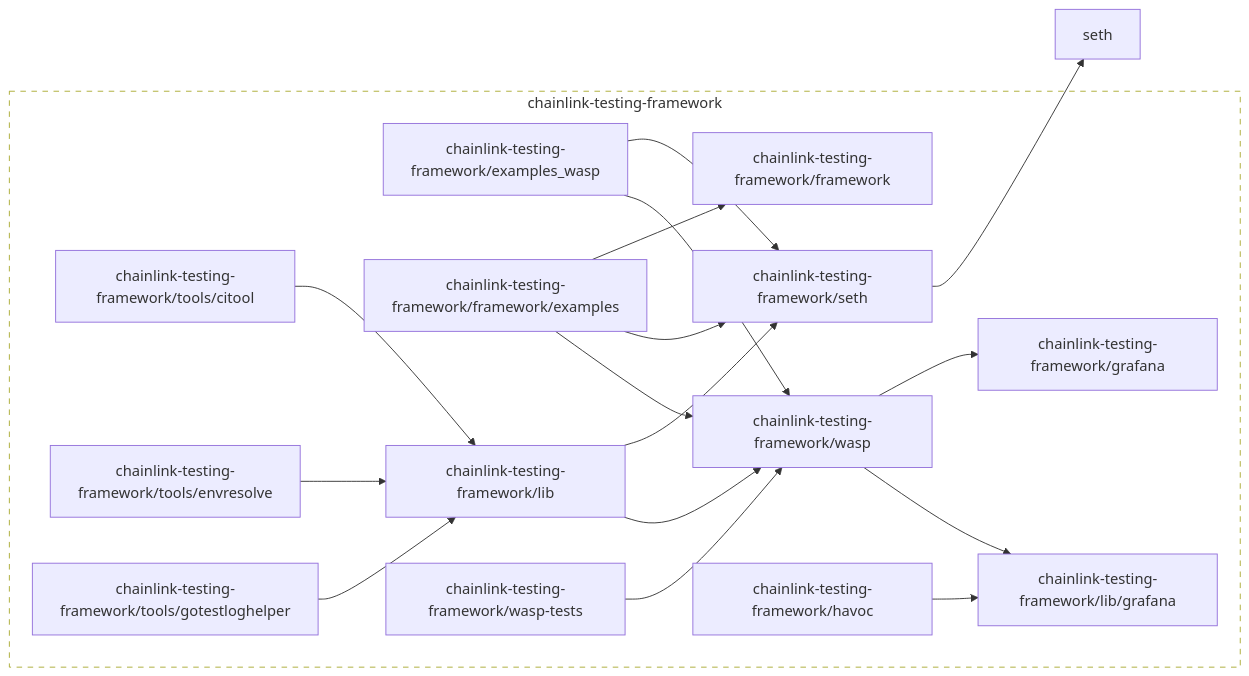
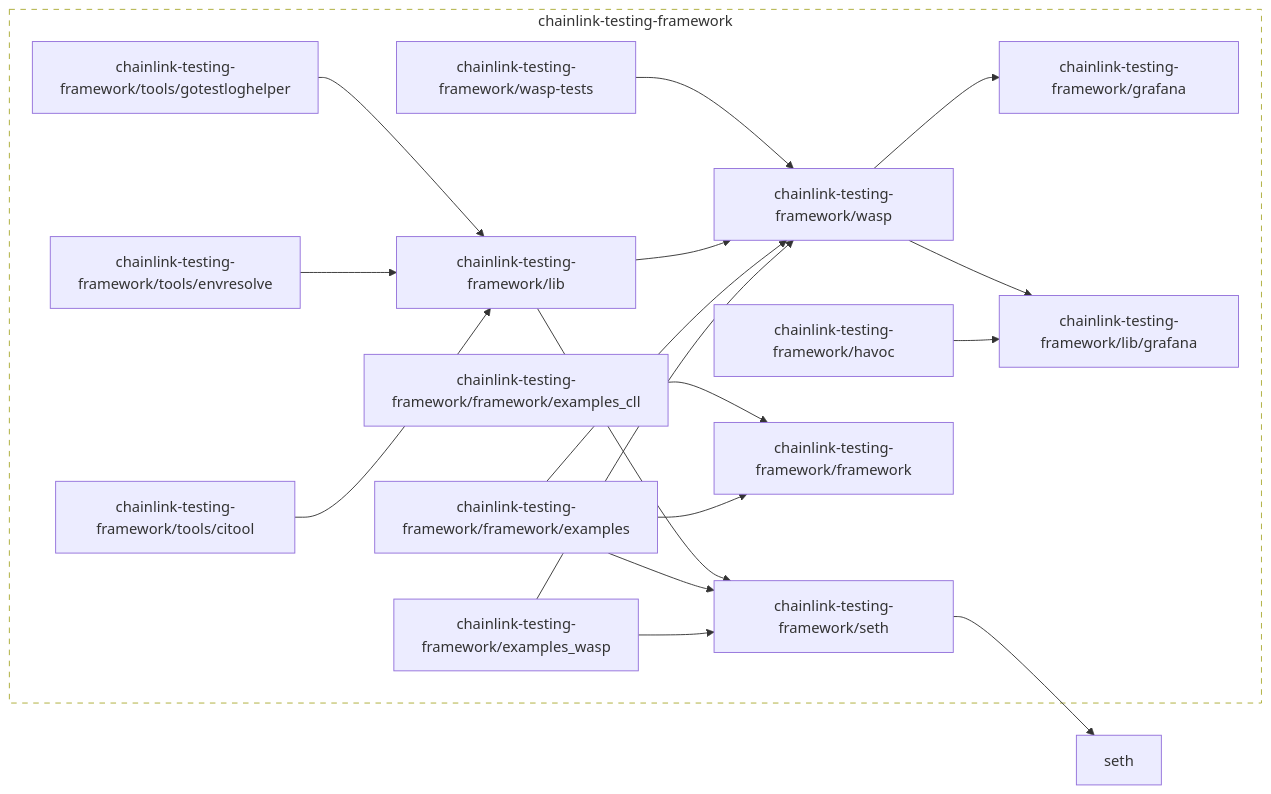
Before and after one commit to smartcontractkit/chainlink-testing-framework: the diagram in go.md, drawn with Mermaid.

Commit message:
update modgraph

````diff
--- a/go.md
+++ b/go.md
@@ -2,57 +2,60 @@
 ```mermaid
 flowchart LR
 
 	chainlink-testing-framework/examples_wasp --> chainlink-testing-framework/seth
 	chainlink-testing-framework/examples_wasp --> chainlink-testing-framework/wasp
 	click chainlink-testing-framework/examples_wasp href "https://github.com/smartcontractkit/chainlink-testing-framework"
 	chainlink-testing-framework/framework
 	click chainlink-testing-framework/framework href "https://github.com/smartcontractkit/chainlink-testing-framework"
 	chainlink-testing-framework/framework/examples --> chainlink-testing-framework/framework
 	chainlink-testing-framework/framework/examples --> chainlink-testing-framework/seth
 	chainlink-testing-framework/framework/examples --> chainlink-testing-framework/wasp
 	click chainlink-testing-framework/framework/examples href "https://github.com/smartcontractkit/chainlink-testing-framework"
+	chainlink-testing-framework/framework/examples_cll --> chainlink-testing-framework/framework
+	click chainlink-testing-framework/framework/examples_cll href "https://github.com/smartcontractkit/chainlink-testing-framework"
 	chainlink-testing-framework/grafana
 	click chainlink-testing-framework/grafana href "https://github.com/smartcontractkit/chainlink-testing-framework"
 	chainlink-testing-framework/havoc --> chainlink-testing-framework/lib/grafana
 	click chainlink-testing-framework/havoc href "https://github.com/smartcontractkit/chainlink-testing-framework"
 	chainlink-testing-framework/lib --> chainlink-testing-framework/seth
 	chainlink-testing-framework/lib --> chainlink-testing-framework/wasp
 	click chainlink-testing-framework/lib href "https://github.com/smartcontractkit/chainlink-testing-framework"
 	chainlink-testing-framework/lib/grafana
 	click chainlink-testing-framework/lib/grafana href "https://github.com/smartcontractkit/chainlink-testing-framework"
 	chainlink-testing-framework/seth --> seth
 	click chainlink-testing-framework/seth href "https://github.com/smartcontractkit/chainlink-testing-framework"
 	chainlink-testing-framework/tools/citool --> chainlink-testing-framework/lib
 	click chainlink-testing-framework/tools/citool href "https://github.com/smartcontractkit/chainlink-testing-framework"
 	chainlink-testing-framework/tools/envresolve --> chainlink-testing-framework/lib
 	click chainlink-testing-framework/tools/envresolve href "https://github.com/smartcontractkit/chainlink-testing-framework"
 	chainlink-testing-framework/tools/gotestloghelper --> chainlink-testing-framework/lib
 	click chainlink-testing-framework/tools/gotestloghelper href "https://github.com/smartcontractkit/chainlink-testing-framework"
 	chainlink-testing-framework/wasp --> chainlink-testing-framework/grafana
 	chainlink-testing-framework/wasp --> chainlink-testing-framework/lib/grafana
 	click chainlink-testing-framework/wasp href "https://github.com/smartcontractkit/chainlink-testing-framework"
 	chainlink-testing-framework/wasp-tests --> chainlink-testing-framework/wasp
 	click chainlink-testing-framework/wasp-tests href "https://github.com/smartcontractkit/chainlink-testing-framework"
 	seth
 	click seth href "https://github.com/smartcontractkit/seth"
 
 	subgraph chainlink-testing-framework-repo[chainlink-testing-framework]
 		 chainlink-testing-framework/examples_wasp
 		 chainlink-testing-framework/framework
 		 chainlink-testing-framework/framework/examples
+		 chainlink-testing-framework/framework/examples_cll
 		 chainlink-testing-framework/grafana
 		 chainlink-testing-framework/havoc
 		 chainlink-testing-framework/lib
 		 chainlink-testing-framework/lib/grafana
 		 chainlink-testing-framework/seth
 		 chainlink-testing-framework/tools/citool
 		 chainlink-testing-framework/tools/envresolve
 		 chainlink-testing-framework/tools/gotestloghelper
 		 chainlink-testing-framework/wasp
 		 chainlink-testing-framework/wasp-tests
 	end
 	click chainlink-testing-framework-repo href "https://github.com/smartcontractkit/chainlink-testing-framework"
 
 	classDef outline stroke-dasharray:6,fill:none;
 	class chainlink-testing-framework-repo outline
 ```
````
